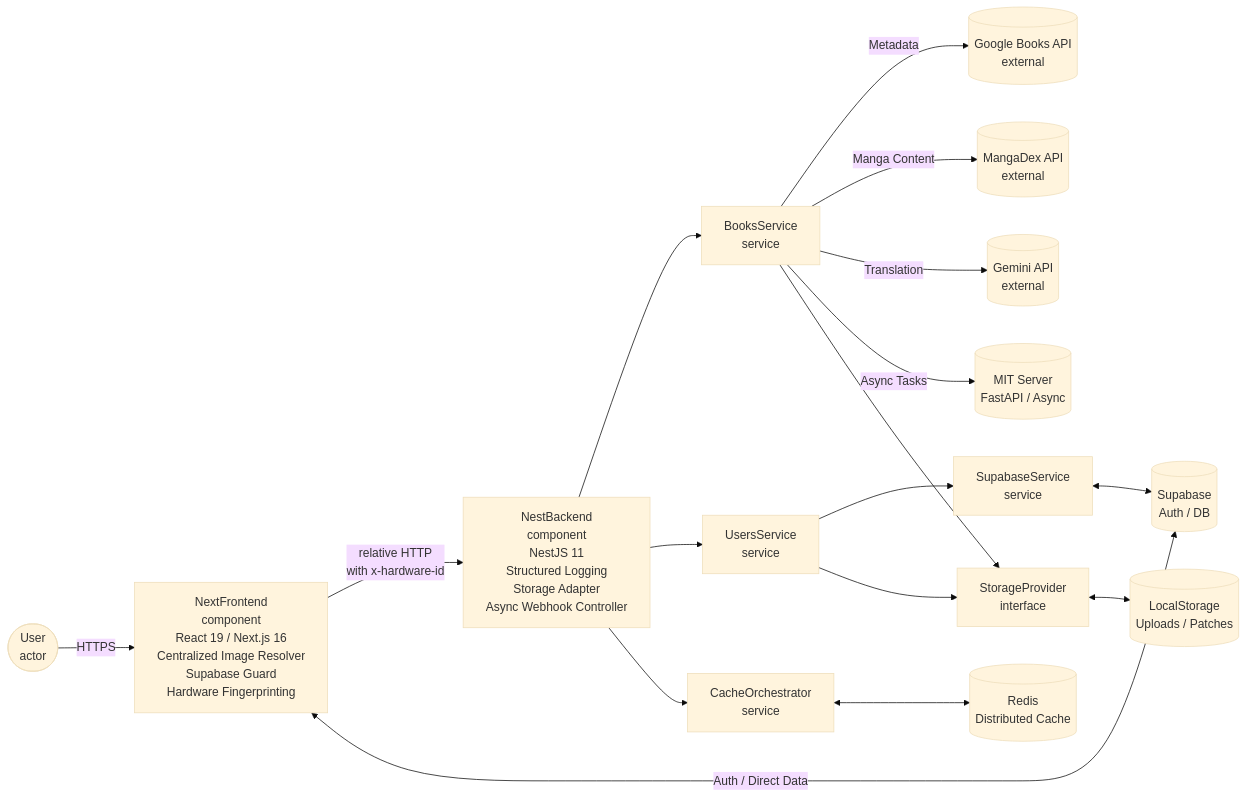
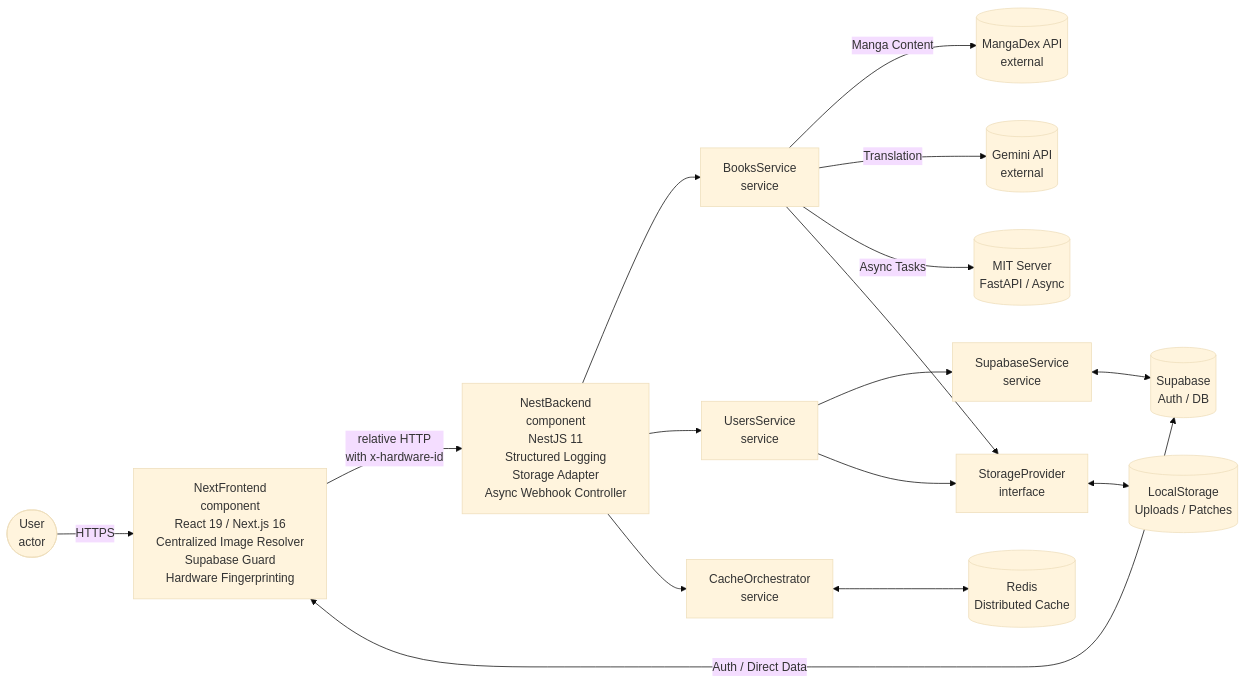
The second of 6 diagrams in Documents/Software Engineer/UML_REPORT.md (Slow-Inc/MangaDock), drawn with Mermaid (base theme) before and after one commit. The commit also changed 77 other files, not shown here.

````diff
--- a/Documents/Software Engineer/UML_REPORT.md
+++ b/Documents/Software Engineer/UML_REPORT.md
@@ -47,43 +47,41 @@
 ```mermaid
 flowchart LR
   User([User\nactor])
 
   NextFrontend[NextFrontend\ncomponent\nReact 19 / Next.js 16\nCentralized Image Resolver\nSupabase Guard\nHardware Fingerprinting]
   NestBackend[NestBackend\ncomponent\nNestJS 11\nStructured Logging\nStorage Adapter\nAsync Webhook Controller]
 
   BooksService[BooksService\nservice]
   UsersService[UsersService\nservice]
   CacheOrchestrator[CacheOrchestrator\nservice]
   SupabaseService[SupabaseService\nservice]
   StorageProvider[StorageProvider\ninterface]
 
-  GoogleBooksAPI[(Google Books API\nexternal)]
   MangaDexAPI[(MangaDex API\nexternal)]
   GeminiAPI[(Gemini API\nexternal)]
   MITServer[(MIT Server\nFastAPI / Async)]
   Supabase[(Supabase\nAuth / DB)]
   Redis[(Redis\nDistributed Cache)]
   LocalStorage[(LocalStorage\nUploads / Patches)]
 
   User -->|HTTPS| NextFrontend
   NextFrontend -->|relative HTTP\nwith x-hardware-id| NestBackend
   NextFrontend <-->|Auth / Direct Data| Supabase
 
   NestBackend --> BooksService
   NestBackend --> UsersService
   NestBackend --> CacheOrchestrator
 
-  BooksService -->|Metadata| GoogleBooksAPI
   BooksService -->|Manga Content| MangaDexAPI
   BooksService -->|Translation| GeminiAPI
   BooksService -->|Async Tasks| MITServer
   
   UsersService --> SupabaseService
   SupabaseService <--> Supabase
 
   CacheOrchestrator <--> Redis
   
   BooksService --> StorageProvider
   UsersService --> StorageProvider
   StorageProvider <--> LocalStorage
 ```
````
